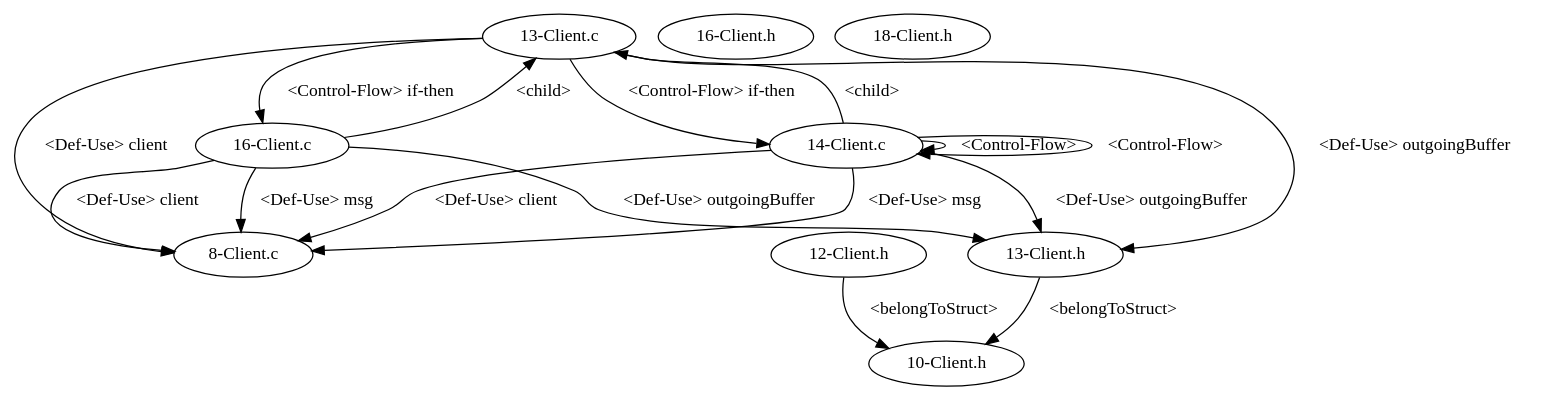
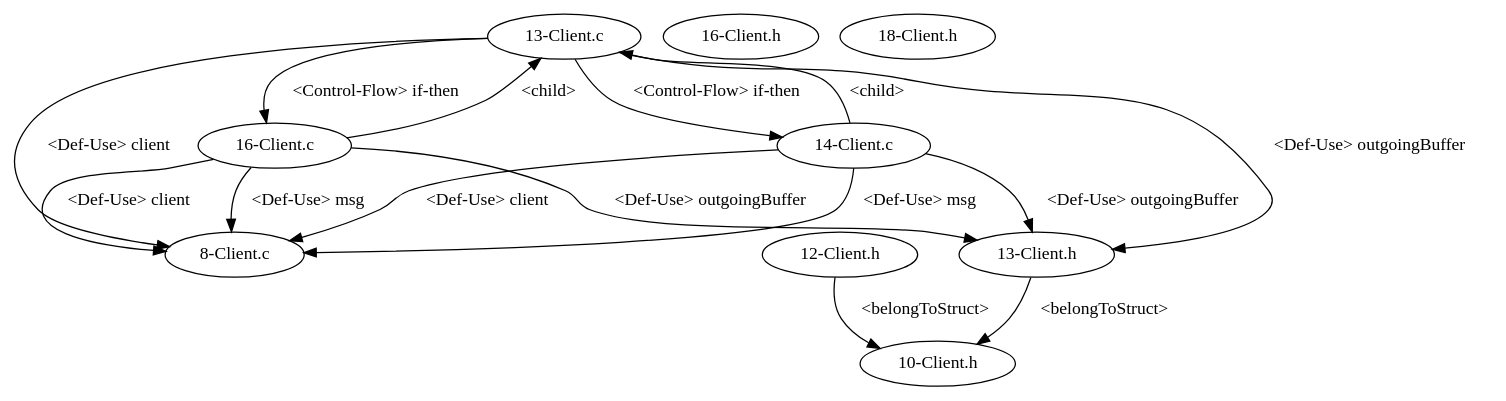
One commit to shuiblue/JDimeForCpp changed the diagram in testcpp/dependencyGraph/EmailSystem/test_10/graph.gv. Above: the diagram before and after it, drawn with Graphviz. The commit also changed 14 other files, not shown here.

```diff
--- a/testcpp/dependencyGraph/EmailSystem/test_10/graph.gv
+++ b/testcpp/dependencyGraph/EmailSystem/test_10/graph.gv
@@ -1,27 +1,25 @@
 digraph {
 1 [label = "8-Client.c"];
 2 [label = "13-Client.c"];
 2 -> 1[label="<Def-Use> client"];
 3 [label = "14-Client.c"];
 3 -> 1[label="<Def-Use> client"];
 3 -> 1[label="<Def-Use> msg"];
 3 -> 2[label="<child>"];
 4 [label = "16-Client.c"];
 4 -> 1[label="<Def-Use> client"];
 4 -> 2[label="<child>"];
 4 -> 1[label="<Def-Use> msg"];
 2 -> 3[label="<Control-Flow> if-then"];
-3 -> 3[label="<Control-Flow>"];
-3 -> 3[label="<Control-Flow>"];
 2 -> 4[label="<Control-Flow> if-then"];
 5 [label = "10-Client.h"];
 6 [label = "12-Client.h"];
 7 [label = "13-Client.h"];
 6 -> 5[label="<belongToStruct>"];
 7 -> 5[label="<belongToStruct>"];
 8 [label = "16-Client.h"];
 9 [label = "18-Client.h"];
 3 -> 7[label="<Def-Use> outgoingBuffer"];
 2 -> 7[label="<Def-Use> outgoingBuffer"];
 4 -> 7[label="<Def-Use> outgoingBuffer"];
 }
```
